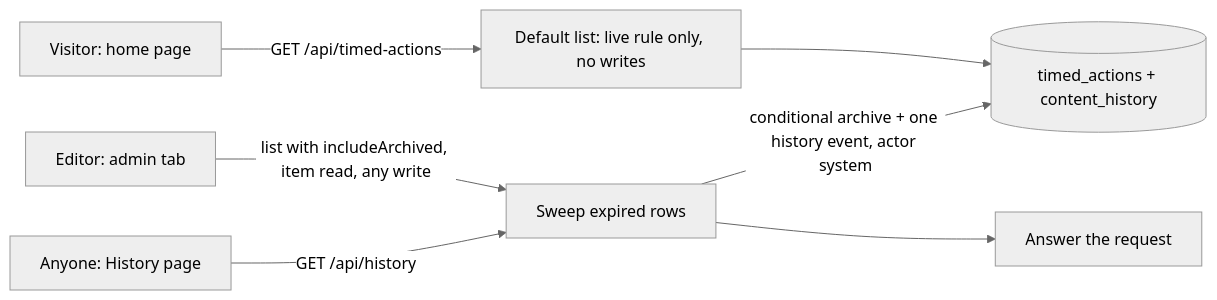
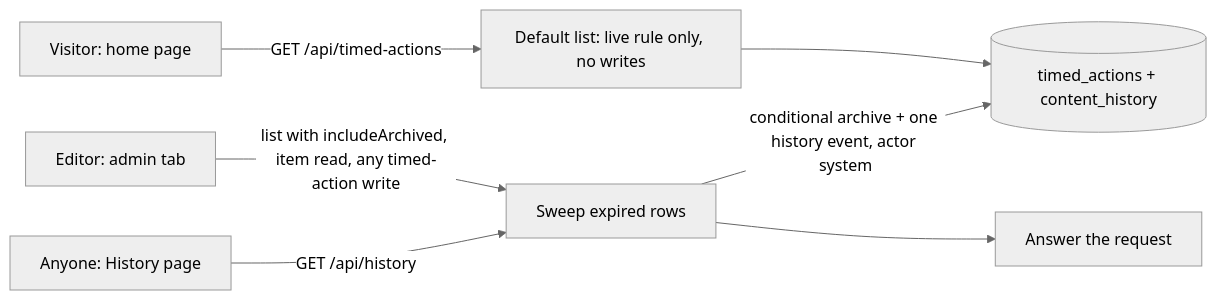
Before and after one commit to jborgese/metro-atl-transit-tracker: the diagram in docs/specs/2026-11-timed-actions.md, drawn with Mermaid (neutral theme). The commit also changed other lines of this file and 1 other file, not shown here.

````diff
--- a/docs/specs/2026-11-timed-actions.md
+++ b/docs/specs/2026-11-timed-actions.md
@@ -83,9 +83,9 @@
 ```mermaid
 flowchart LR
   V[Visitor: home page] -->|GET /api/timed-actions| L[Default list: live rule only, no writes]
-  E[Editor: admin tab] -->|list with includeArchived, item read, any write| S[Sweep expired rows]
+  E[Editor: admin tab] -->|list with includeArchived, item read, any timed-action write| S[Sweep expired rows]
   H[Anyone: History page] -->|GET /api/history| S
   S -->|conditional archive + one history event, actor system| D[(timed_actions + content_history)]
   L --> D
   S --> R[Answer the request]
 ```
````
